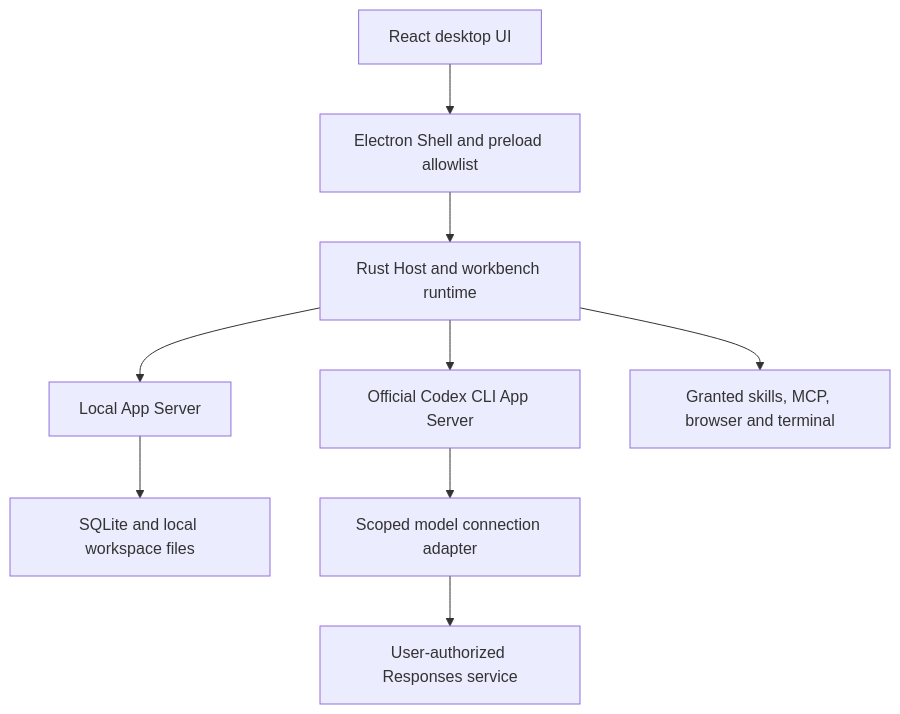
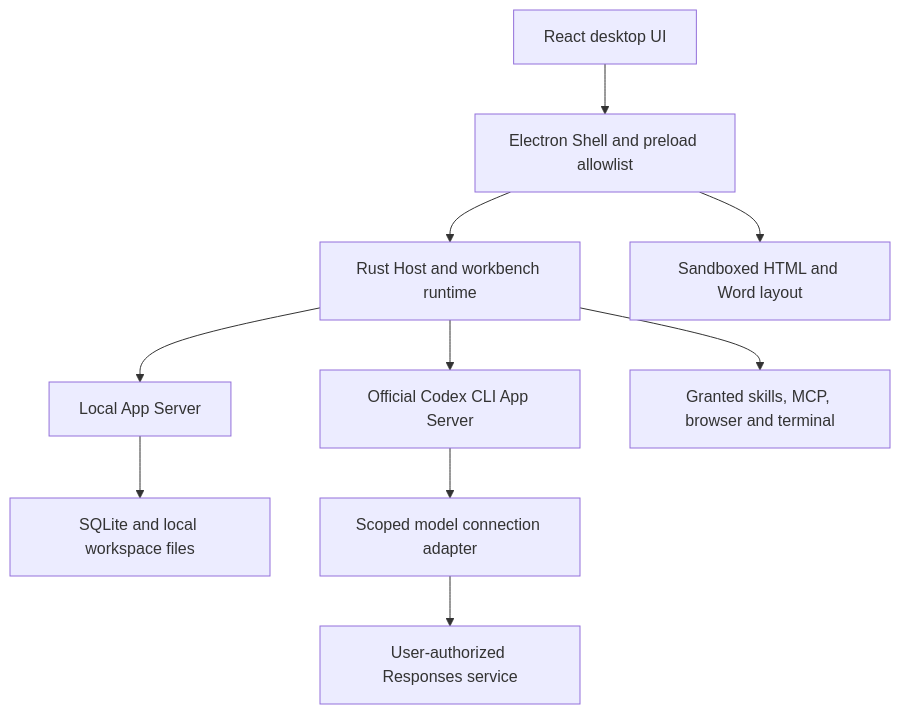
Before and after one commit to mymyme/cilai: the diagram in docs/ARCHITECTURE.md, drawn with Mermaid. The commit also changed other lines of this file and 149 other files, not shown here.

````diff
--- a/docs/ARCHITECTURE.md
+++ b/docs/ARCHITECTURE.md
@@ -5,11 +5,12 @@
 ```mermaid
 flowchart TD
     UI[React desktop UI] --> Shell[Electron Shell and preload allowlist]
     Shell --> Host[Rust Host and workbench runtime]
+    Shell --> Layout[Sandboxed HTML and Word layout]
     Host --> Server[Local App Server]
     Server --> Data[SQLite and local workspace files]
     Host --> Codex[Official Codex CLI App Server]
     Codex --> Proxy[Scoped model connection adapter]
     Proxy --> Model[User-authorized Responses service]
     Host --> Tools[Granted skills, MCP, browser and terminal]
 ```
````
